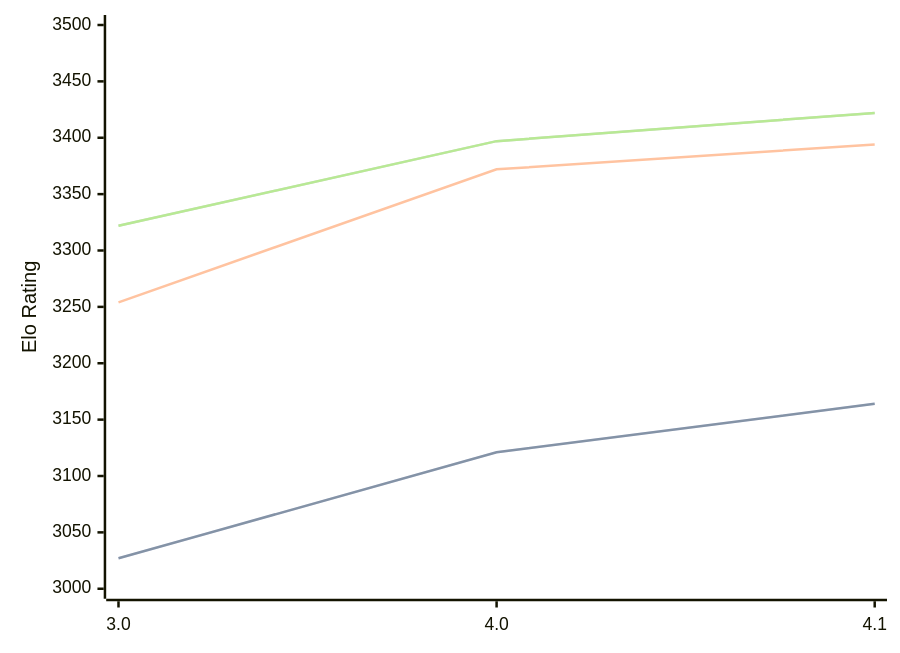
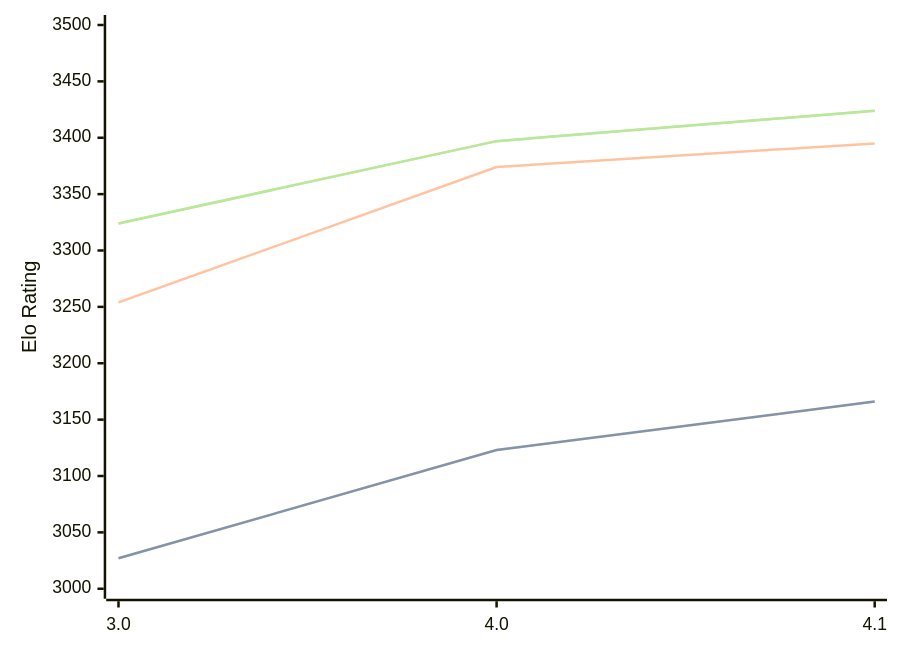
The diagram in engines/Eleanor.md (computer-chess-index/cci), drawn with Mermaid before and after one commit. The commit also changed other lines of this file, not shown here.

Commit message:
Update CCI Ratings (ELO VLTC) - 2026-08-27

````diff
--- a/engines/Eleanor.md
+++ b/engines/Eleanor.md
@@ -33,11 +33,11 @@
 ```mermaid
 %%{init: {"theme":"base","themeVariables":{"seriesColors:['#a3a3a3','#222221','#faa371']}}}%%
 xychart-beta
   x-axis ["3.0", "4.0", "4.1"]
   y-axis "Elo Rating" 3000 --> 3500
-  line "STC (8.0+0.08s)" [3027, 3121, 3164]
-  line "STC (8.0+0.08s)" [3027, 3121, 3164]
-  line "LTC (60.0+0.60s)" [3254, 3372, 3394]
-  line "VLTC (2m24s+1.12s)" [3322, 3397, 3422]
-  line "VLTC (2m24s+1.12s)" [3322, 3397, 3422]
+  line "STC (8.0+0.08s)" [3027, 3123, 3166]
+  line "STC (8.0+0.08s)" [3027, 3123, 3166]
+  line "LTC (60.0+0.60s)" [3254, 3374, 3395]
+  line "VLTC (2m24s+1.12s)" [3324, 3397, 3424]
+  line "VLTC (2m24s+1.12s)" [3324, 3397, 3424]
 ```
````
